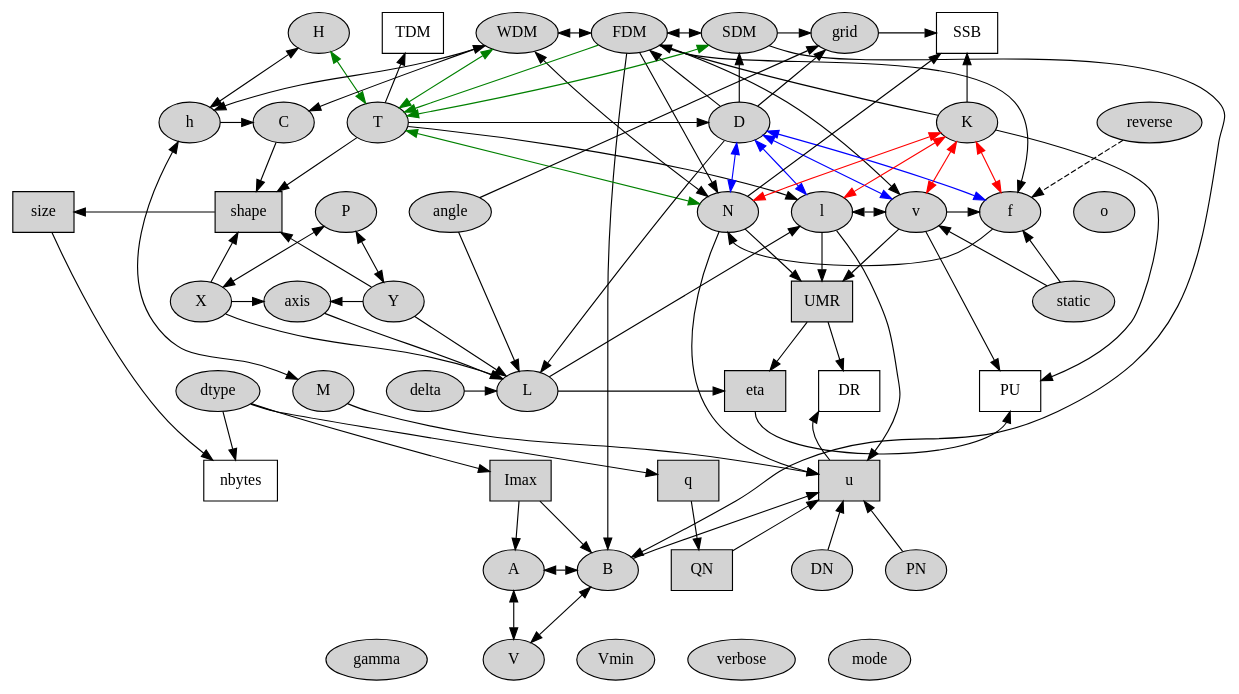
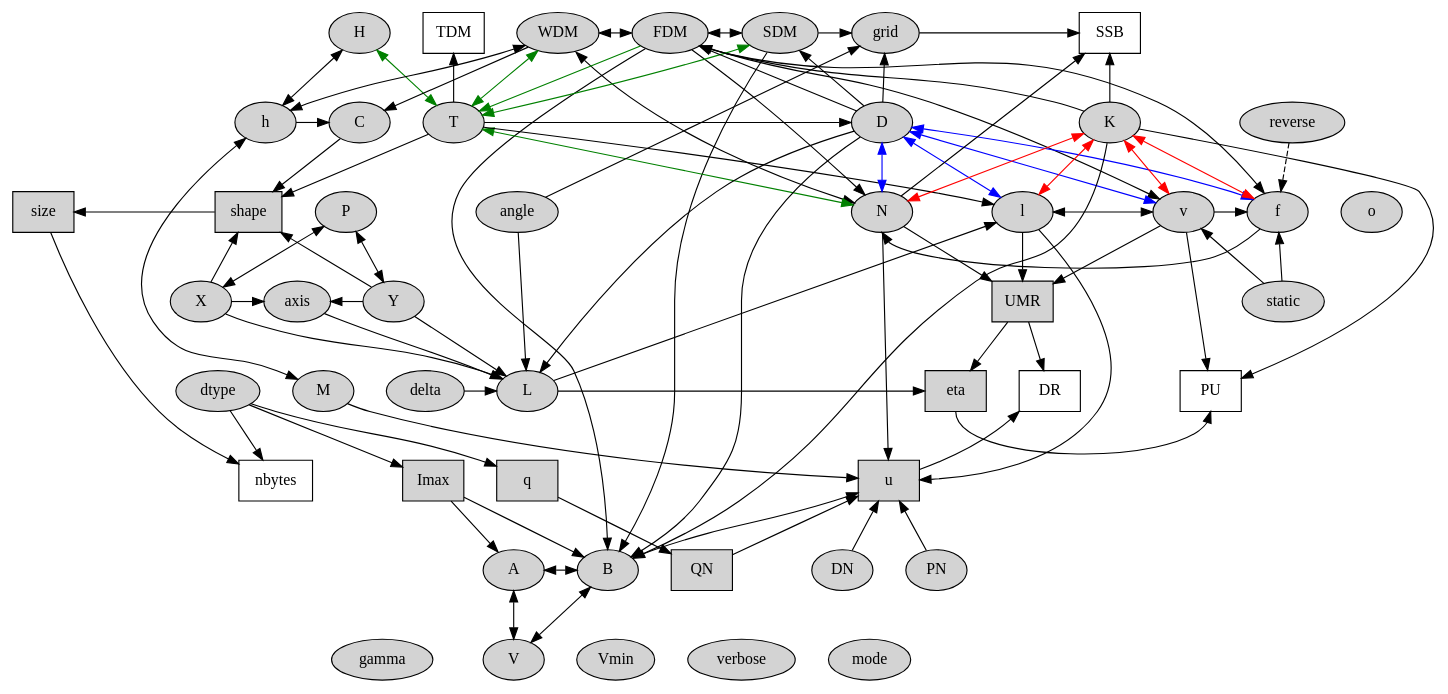
Before and after one commit to comimag/Fringes: the diagram in docs/interdependencies.dot, drawn with Graphviz. The commit also changed 1 other file, not shown here.

```diff
--- a/docs/interdependencies.dot
+++ b/docs/interdependencies.dot
@@ -1,119 +1,119 @@
 digraph G {
     graph [compound=True]
     node [style=filled]
     nodesep=0.4  // default: 0.25
     ranksep=0.6  // default: 0.5
 
     {rank=same; H -> TDM -> WDM -> FDM -> SDM -> grid -> SSB[style=invis][group=1]}
     {rank=same; h -> C -> T -> D -> K -> reverse[style=invis][group=2]}
     {rank=same; size -> shape -> P -> angle -> N -> l -> v -> f -> o[style=invis][group=3]}
     {rank=same; X -> axis -> Y -> UMR -> static[style=invis][group=4]}
     {rank=same; dtype -> M -> delta -> L -> eta -> DR -> PU[style=invis][group=5]}
     //{rank=same; dtype -> M -> angle[style=invis][group=6]}
     {rank=same; nbytes -> Imax -> q -> u[style=invis][group=7]}
     {rank=same; A -> B -> QN -> DN -> PN[style=invis][group=8]}
     {rank=same; gamma -> V -> Vmin -> verbose -> mode[style=invis][group=9]}
 
     SSB[shape=box][fillcolor=white]
 
     H -> {T} [dir=both][color=green]
     TDM -> WDM [style=invis]
     H -> {h} [dir=both]
     WDM -> C[shape=box]
     WDM -> h[dir=both]
     WDM:se -> N[dir=both]
     WDM:e -> FDM [weight=3][dir=both]
     WDM -> T[dir=both][color=green]
     FDM -> {N v f}
     FDM -> T [color=green]
     FDM:e -> SDM [weight=1][dir=both]
     SDM -> T[dir=both][color=green]
     SDM:e -> grid
     SDM -> B
     FDM -> B
     grid:e -> SSB
 
     C -> shape
     h:e -> C
     h -> M [dir=both]
     h -> size [style=invis]
 //    T -> {D K} [constraint=false]
     T -> {TDM shape l}
     T:e -> D
     T -> N [dir=both][color=green]
-    D -> {FDM SDM grid L}
+    D -> {FDM SDM grid L B}
     D -> {N l v f}[dir=both][color=blue]
     K -> {N l v f}[dir=both][color=red]
-    K -> {FDM  PU}
+    K -> {FDM B PU}
     K -> SSB [weight=5]
     reverse -> f [style=dashed]
 
     N -> {SSB UMR}
     l -> UMR [weight=13]
     l:e -> v [dir=both]
     v:e -> f
     v -> {UMR PU}
     f -> N:s
 
     P -> X [dir=both]
     P -> Y [dir=both]
     X:e -> axis
     X -> {shape L}
     Y -> {shape L}
     Y:w -> axis
     axis -> L
     UMR -> {eta DR}
     static -> {v f}
 
     M -> u
     delta:e -> L
     angle -> L
     L:e -> eta
     L -> l
     eta:s -> PU:s
 
     u -> DR:sw [constraint=false]
 
     dtype -> {Imax q nbytes}
 
     Imax -> A
     Imax -> B [weight=2]
     q -> QN [weight=2]
     nbytes -> gamma [style=invis]
     Vmin
     verbose
     mode
     o
 
     A:e -> B [dir=both]
     A -> V [dir=both][weight=3]
     B -> V [dir=both]
     B -> u
     QN -> u
     DN -> u [weight=2]
     PN -> u
 
     size -> nbytes
     //shape -> size
     size:e -> shape [dir=back][constraint=false]
     shape -> axis [style=invis]
 
     N -> u
     l -> u
     angle -> grid
 
     shape[shape=box]
     size[shape=box]
     nbytes[shape=box][fillcolor=white]
     Imax[shape=box]
     q[shape=box]
 //    Q[shape=box]
     QN[shape=box]
     UMR[shape=box]
     eta[shape=box]
     u[shape=box]
     TDM[shape=box][fillcolor=white]
     //L[shape=box]
     DR[shape=box][fillcolor=white]
     PU[shape=box][fillcolor=white]
 }
```
